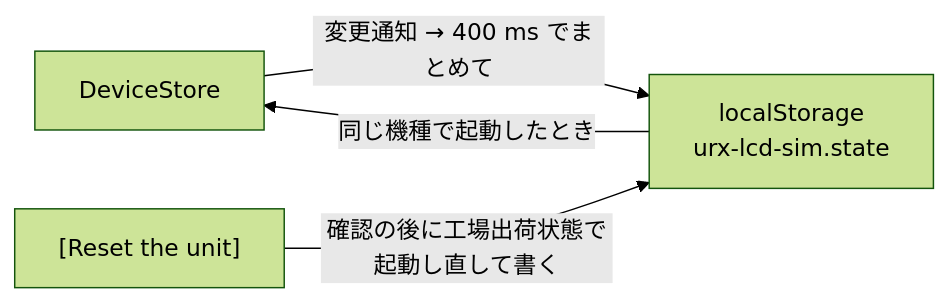
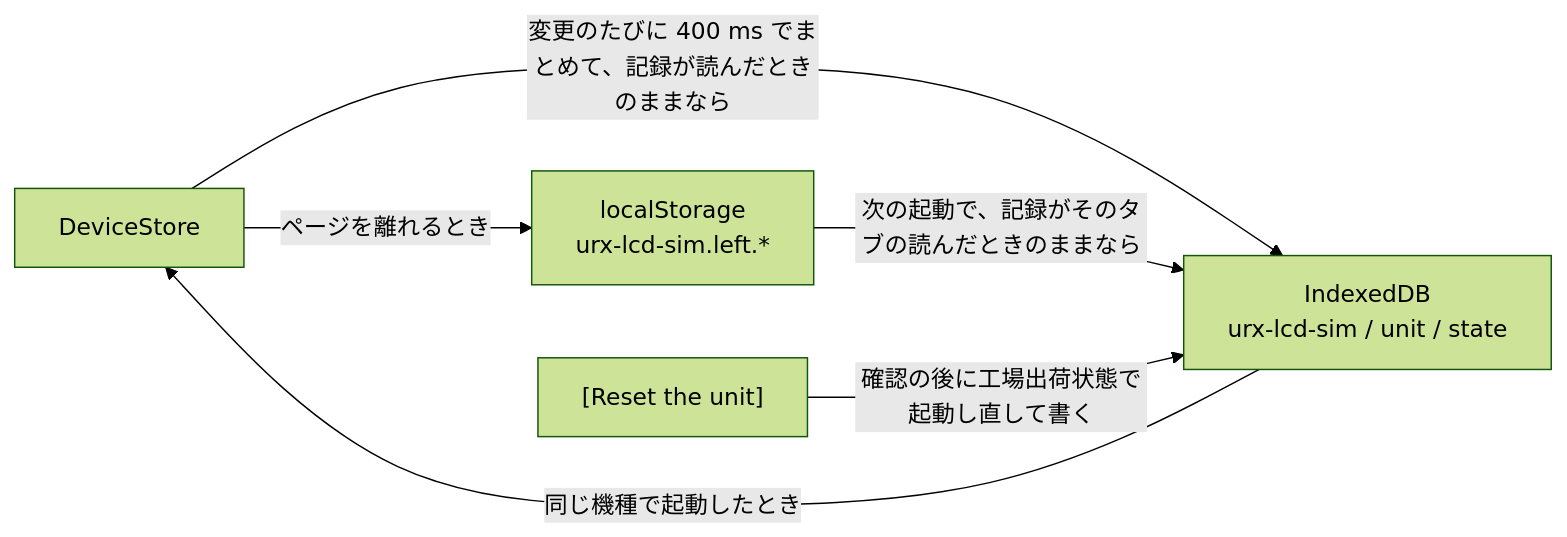
The second of 2 diagrams in docs/ja/architecture.md (semnil/urx-lcd-sim), drawn with Mermaid (forest theme) before and after one commit. The commit also changed other lines of this file and 11 other files, not shown here.

````diff
--- a/docs/ja/architecture.md
+++ b/docs/ja/architecture.md
@@ -131,6 +137,8 @@
 ```mermaid
 flowchart LR
-  ST["DeviceStore"] -->|"変更通知 → 400 ms でまとめて"| LS["localStorage<br/>urx-lcd-sim.state"]
-  LS -->|"同じ機種で起動したとき"| ST
-  RS["[Reset the unit]"] -->|"確認の後に工場出荷状態で起動し直して書く"| LS
+  ST["DeviceStore"] -->|"変更のたびに 400 ms でまとめて、記録が読んだときのままなら"| DB["IndexedDB<br/>urx-lcd-sim / unit / state"]
+  DB -->|"同じ機種で起動したとき"| ST
+  ST -->|"ページを離れるとき"| LEFT["localStorage<br/>urx-lcd-sim.left.*"]
+  LEFT -->|"次の起動で、記録がそのタブの読んだときのままなら"| DB
+  RS["[Reset the unit]"] -->|"確認の後に工場出荷状態で起動し直して書く"| DB
 ```
````
